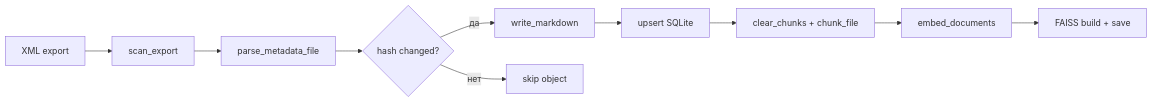
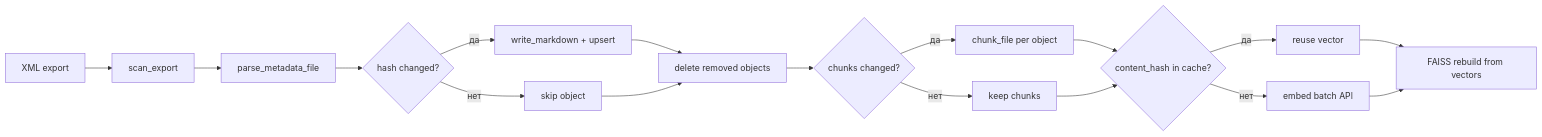
The first of 2 diagrams in ARCHITECTURE.md (gybson63/1c-conf-doc), drawn with Mermaid before and after one commit. The commit also changed other lines of this file and 13 other files, not shown here.

````diff
--- a/ARCHITECTURE.md
+++ b/ARCHITECTURE.md
@@ -54,12 +54,19 @@
 ```mermaid
 flowchart LR
   A[XML export] --> B[scan_export]
   B --> C[parse_metadata_file]
   C --> D{hash changed?}
-  D -->|да| E[write_markdown]
+  D -->|да| E[write_markdown + upsert]
   D -->|нет| F[skip object]
-  E --> G[upsert SQLite]
-  G --> H[clear_chunks + chunk_file]
-  H --> I[embed_documents]
-  I --> J[FAISS build + save]
+  E --> G[delete removed objects]
+  F --> G
+  G --> H{chunks changed?}
+  H -->|да| I[chunk_file per object]
+  H -->|нет| J[keep chunks]
+  I --> K{content_hash in cache?}
+  J --> K
+  K -->|да| L[reuse vector]
+  K -->|нет| M[embed batch API]
+  L --> N[FAISS rebuild from vectors]
+  M --> N
 ```
````
